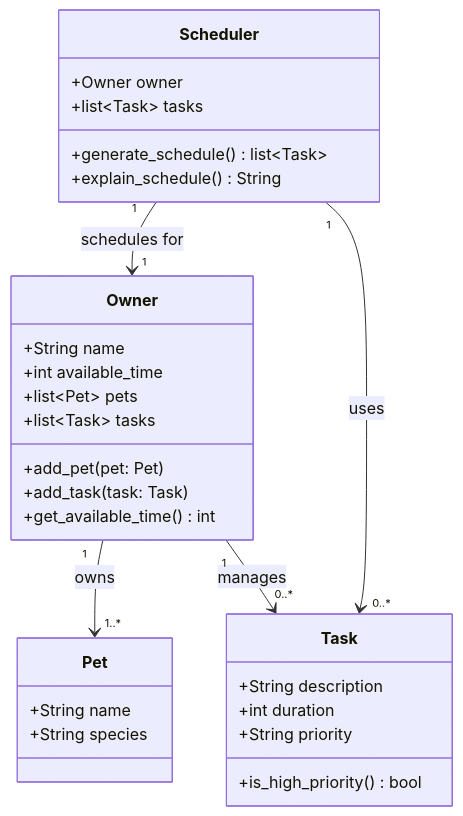
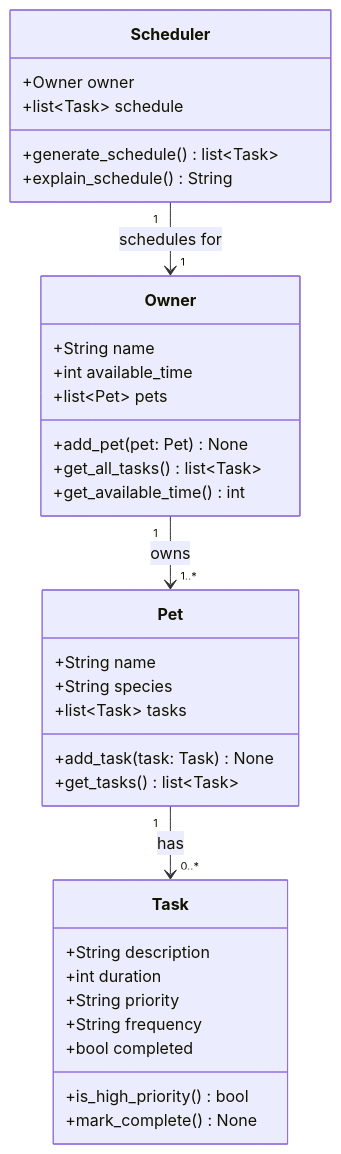
The diagram in reflection.md (caldanayabur/ai110-module2show-pawpal-starter), drawn with Mermaid before and after one commit. The commit also changed 1 other file, not shown here.

Commit message:
Issues solved, classes updated, and updated UML diagram

````diff
--- a/reflection.md
+++ b/reflection.md
@@ -13,36 +13,40 @@
 ```mermaid
 classDiagram
-    class Owner {
-        +String name
-        +int available_time
-        +list~Pet~ pets
-        +list~Task~ tasks
-        +add_pet(pet: Pet)
-        +add_task(task: Task)
-        +get_available_time() int
+    class Task {
+        +String description
+        +int duration
+        +String priority
+        +String frequency
+        +bool completed
+        +is_high_priority() bool
+        +mark_complete() None
     }
 
     class Pet {
         +String name
         +String species
+        +list~Task~ tasks
+        +add_task(task: Task) None
+        +get_tasks() list~Task~
     }
 
-    class Task {
-        +String description
-        +int duration
-        +String priority
-        +is_high_priority() bool
+    class Owner {
+        +String name
+        +int available_time
+        +list~Pet~ pets
+        +add_pet(pet: Pet) None
+        +get_all_tasks() list~Task~
+        +get_available_time() int
     }
 
     class Scheduler {
         +Owner owner
-        +list~Task~ tasks
+        +list~Task~ schedule
         +generate_schedule() list~Task~
         +explain_schedule() String
     }
 
+    Pet "1" --> "0..*" Task : has
     Owner "1" --> "1..*" Pet : owns
-    Owner "1" --> "0..*" Task : manages
     Scheduler "1" --> "1" Owner : schedules for
-    Scheduler "1" --> "0..*" Task : uses
 ```
````
